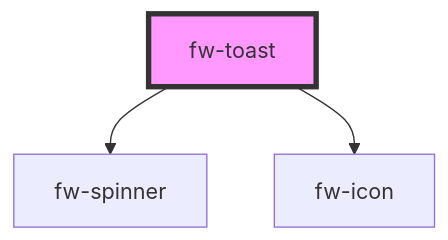
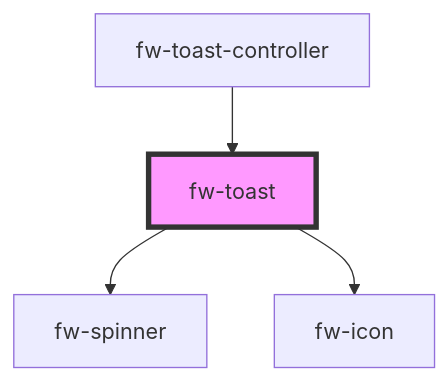
One commit to freshworks/crayons changed the diagram in packages/crayons-core/src/components/toast/readme.md. Above: the diagram before and after it, drawn with Mermaid. The commit also changed other lines of this file and 7 other files, not shown here.

Commit message:
feat(toast-controller): add position property to position the toast messages

````diff
--- a/packages/crayons-core/src/components/toast/readme.md
+++ b/packages/crayons-core/src/components/toast/readme.md
@@ -59,6 +50,7 @@
 ```mermaid
 graph TD;
   fw-toast --> fw-spinner
   fw-toast --> fw-icon
+  fw-toast-controller --> fw-toast
   style fw-toast fill:#f9f,stroke:#333,stroke-width:4px
 ```
````
